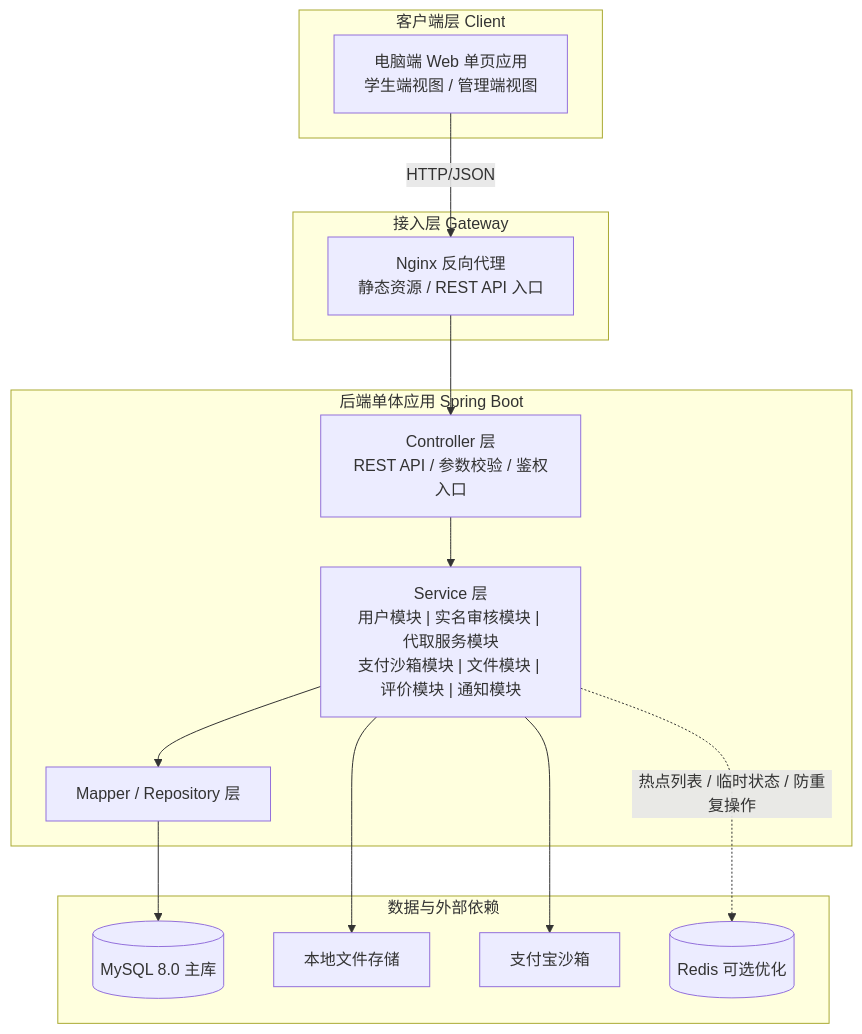
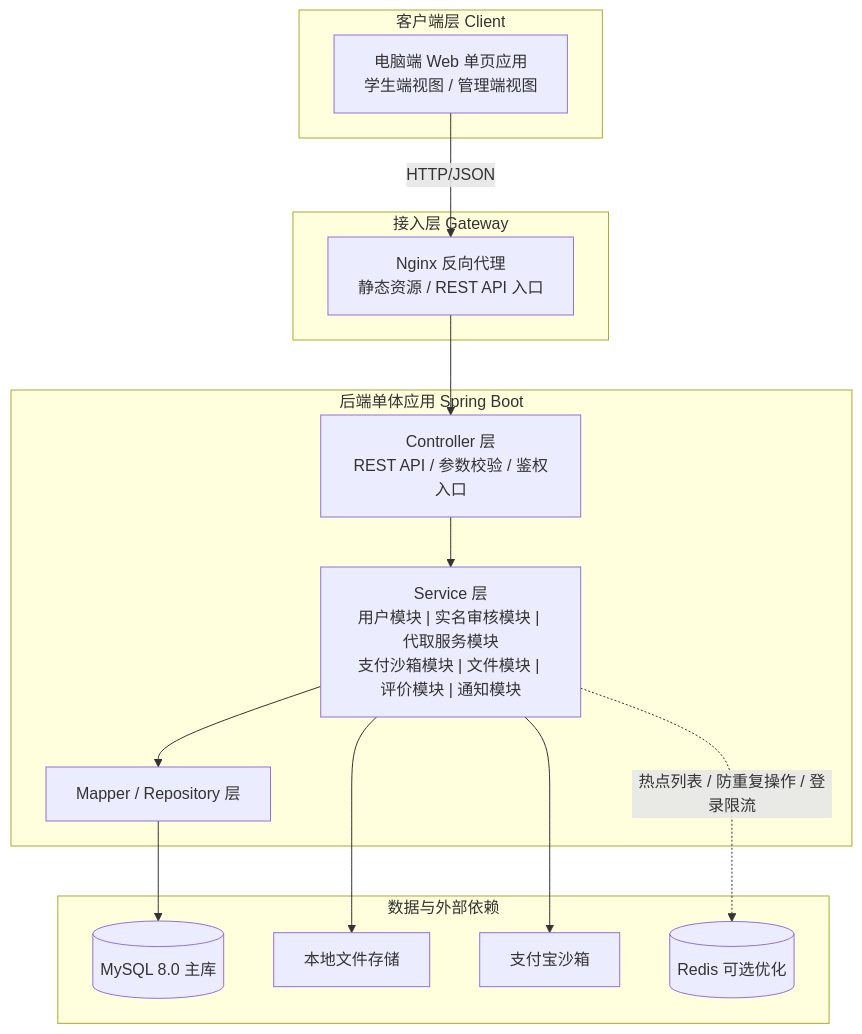
The first of 3 diagrams in docs/P2/architecture_design.md (true-is-dui/CampusHub), drawn with Mermaid before and after one commit. The commit also changed other lines of this file and 4 other files, not shown here.

````diff
--- a/docs/P2/architecture_design.md
+++ b/docs/P2/architecture_design.md
@@ -16,32 +16,32 @@
 ```mermaid
 flowchart TB
     subgraph Client["客户端层 Client"]
         Browser["电脑端 Web 单页应用<br/>学生端视图 / 管理端视图"]
     end
 
     subgraph Gateway["接入层 Gateway"]
         Nginx["Nginx 反向代理<br/>静态资源 / REST API 入口"]
     end
 
     subgraph Backend["后端单体应用 Spring Boot"]
         Controllers["Controller 层<br/>REST API / 参数校验 / 鉴权入口"]
         Services["Service 层<br/>用户模块 | 实名审核模块 | 代取服务模块<br/>支付沙箱模块 | 文件模块 | 评价模块 | 通知模块"]
         Repositories["Mapper / Repository 层"]
     end
 
     subgraph Data["数据与外部依赖"]
         MySQL[("MySQL 8.0 主库")]
         FileStore["本地文件存储"]
         Alipay["支付宝沙箱"]
         Redis[("Redis 可选优化")]
     end
 
     Browser -->|HTTP/JSON| Nginx
     Nginx --> Controllers
     Controllers --> Services
     Services --> Repositories
     Repositories --> MySQL
     Services --> FileStore
     Services --> Alipay
-    Services -. "热点列表 / 临时状态 / 防重复操作" .-> Redis
+    Services -. "热点列表 / 防重复操作 / 登录限流" .-> Redis
 ```
````
